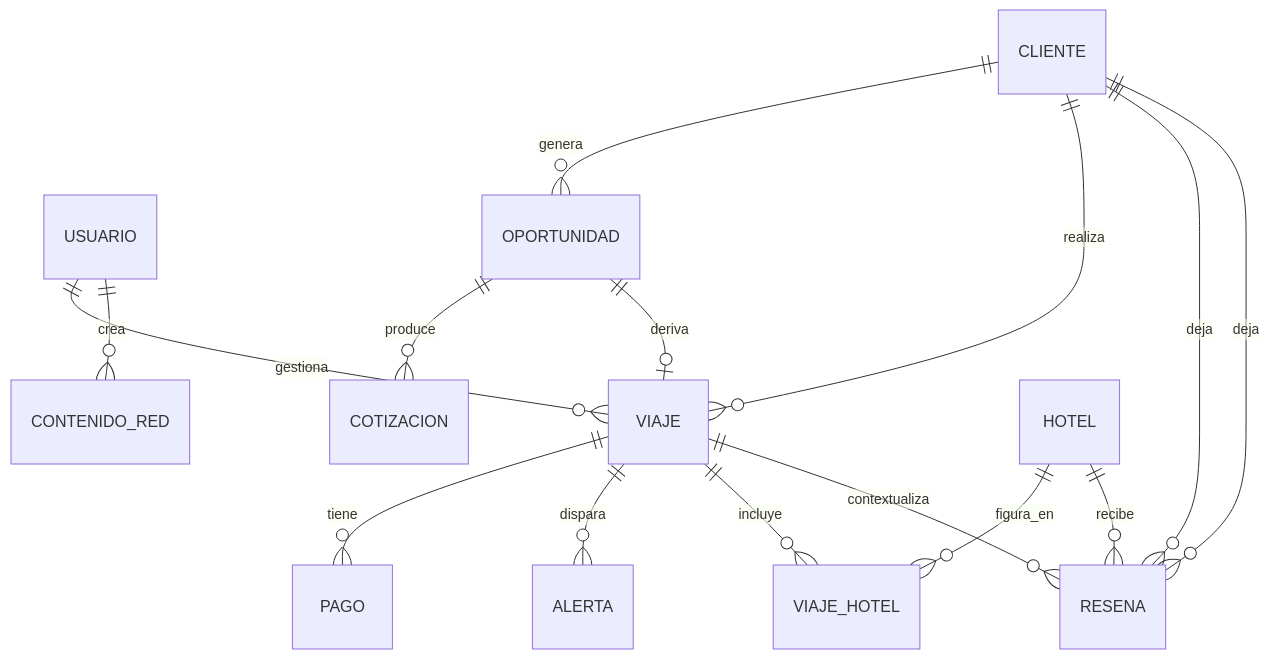
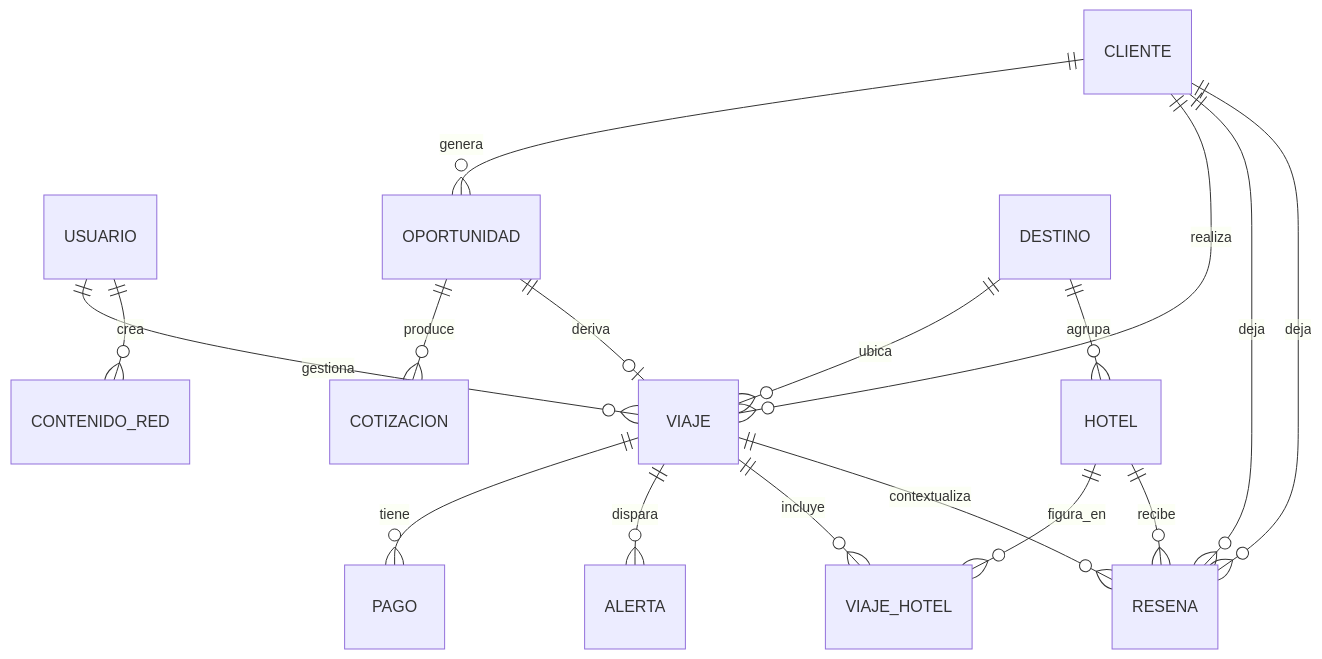
Before and after one commit to FranLuciano04/Vault-Rumbo: the diagram in 03-Dominio/Diagramas/DGM-ER.md, drawn with Mermaid. The commit also changed other lines of this file and 8 other files, not shown here.

````diff
--- a/03-Dominio/Diagramas/DGM-ER.md
+++ b/03-Dominio/Diagramas/DGM-ER.md
@@ -15,17 +15,19 @@
 ```mermaid
 erDiagram
     USUARIO ||--o{ VIAJE : gestiona
     USUARIO ||--o{ CONTENIDO_RED : crea
     CLIENTE ||--o{ OPORTUNIDAD : genera
     CLIENTE ||--o{ VIAJE : realiza
     CLIENTE ||--o{ RESENA : deja
     OPORTUNIDAD ||--o{ COTIZACION : produce
     OPORTUNIDAD ||--o| VIAJE : deriva
+    DESTINO ||--o{ VIAJE : ubica
+    DESTINO ||--o{ HOTEL : agrupa
     VIAJE ||--o{ PAGO : tiene
     VIAJE ||--o{ ALERTA : dispara
     VIAJE ||--o{ VIAJE_HOTEL : incluye
     HOTEL ||--o{ VIAJE_HOTEL : figura_en
     HOTEL ||--o{ RESENA : recibe
     CLIENTE ||--o{ RESENA : deja
     VIAJE ||--o{ RESENA : contextualiza
 ```
````
